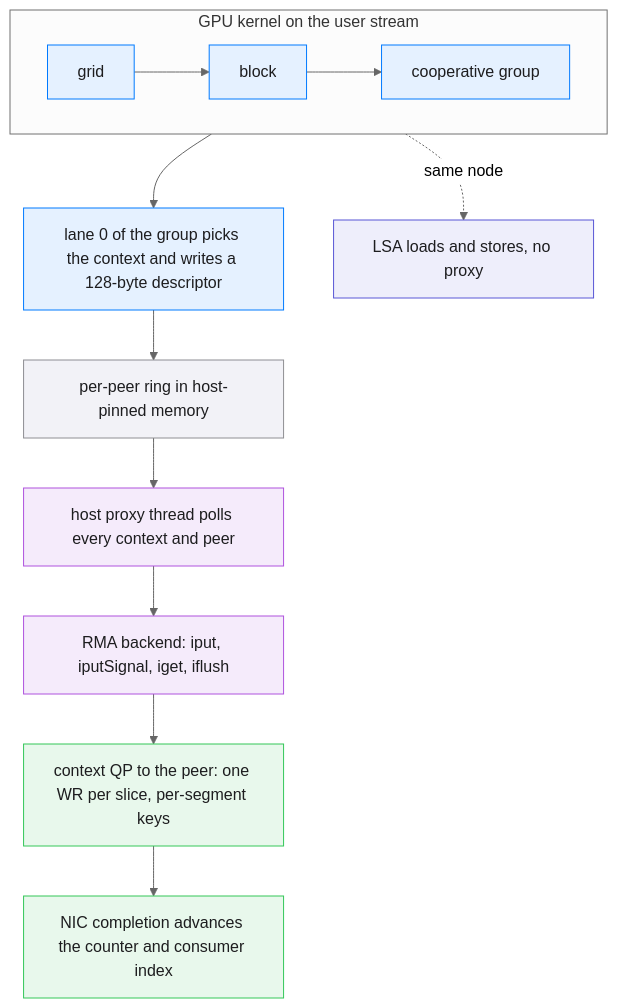
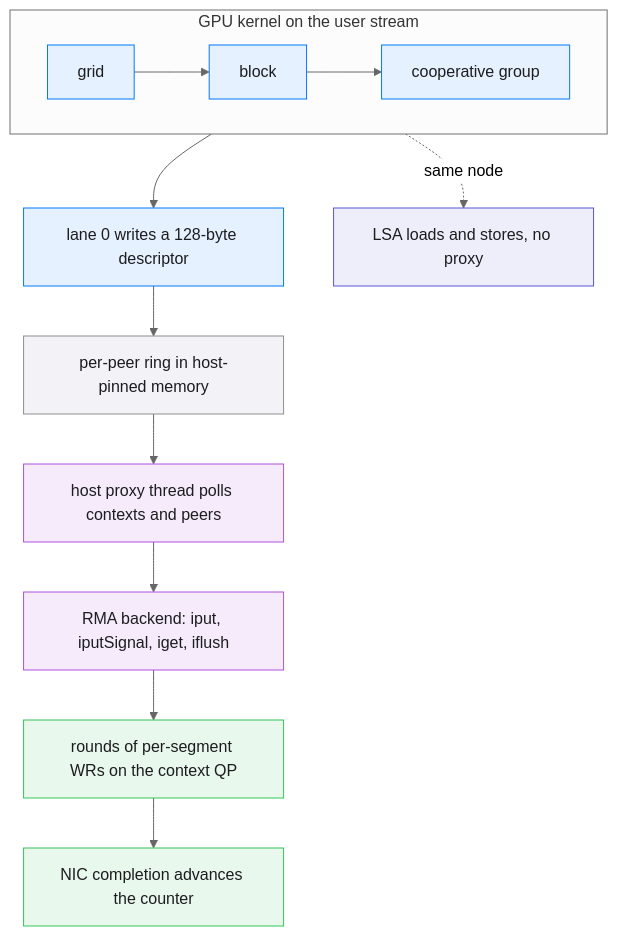
One commit to ROCm/rocm-systems changed the second of 6 diagrams in projects/rccl/docs/design/multi_segment_gin_rma.md. Above: the diagram before and after it, drawn with Mermaid (neutral theme). The commit also changed other lines of this file and 16 other files, not shown here.

````diff
--- a/projects/rccl/docs/design/multi_segment_gin_rma.md
+++ b/projects/rccl/docs/design/multi_segment_gin_rma.md
@@ -27,25 +30,25 @@
 ```mermaid
 %% caption: Thread hierarchy mapping from a GPU thread group to a QP on the NIC
 flowchart TD
  subgraph gpu["GPU kernel on the user stream"]
   direction LR
   grid["grid"] --> block["block"] --> coop["cooperative group"]
  end
- gpu --> lane["lane 0 of the group picks the context and writes a 128-byte descriptor"]
+ gpu --> lane["lane 0 writes a 128-byte descriptor"]
  lane --> ring["per-peer ring in host-pinned memory"]
- ring --> poll["host proxy thread polls every context and peer"]
+ ring --> poll["host proxy thread polls contexts and peers"]
  poll --> rma["RMA backend: iput, iputSignal, iget, iflush"]
- rma --> split["context QP to the peer: one WR per slice, per-segment keys"]
- split --> done["NIC completion advances the counter and consumer index"]
+ rma --> split["rounds of per-segment WRs on the context QP"]
+ split --> done["NIC completion advances the counter"]
  gpu -.->|"same node"| lsa["LSA loads and stores, no proxy"]
  classDef gin fill:#e5f1ff,stroke:#007aff,color:#1d1d1f
  classDef rma fill:#f5ebfb,stroke:#af52de,color:#1d1d1f
  classDef hostmem fill:#f2f2f7,stroke:#8e8e93,color:#1d1d1f
  classDef devmem fill:#eeeefb,stroke:#5856d6,color:#1d1d1f
  classDef okpath fill:#e8f8ec,stroke:#34c759,color:#1d1d1f
  class grid,block,coop,lane gin
  class poll,rma rma
  class ring hostmem
  class split,done okpath
  class lsa devmem
 ```
````
